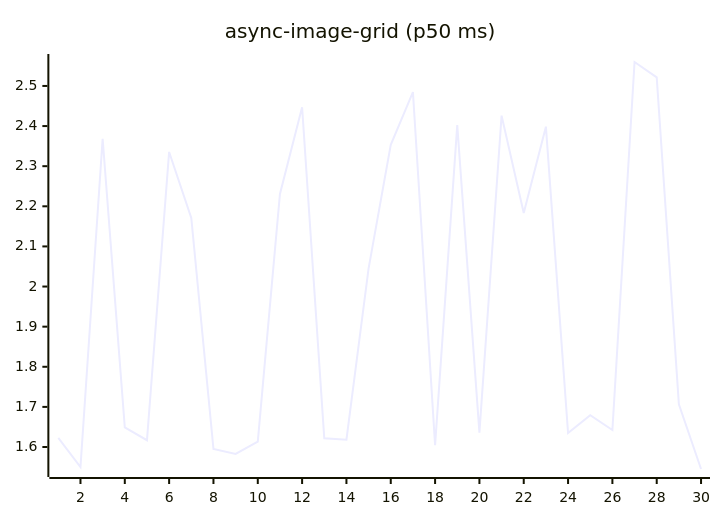
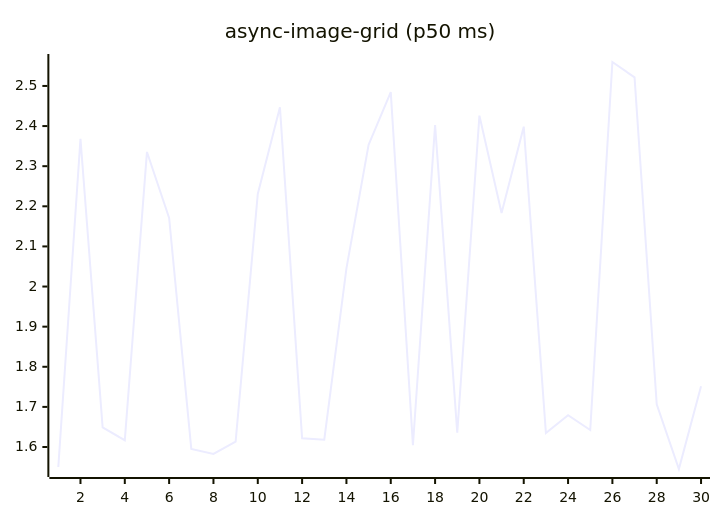
The fifth of 27 diagrams in README.md (josha/Facet), drawn with Mermaid before and after one commit. The commit also changed other lines of this file and 2 other files, not shown here.

````diff
--- a/README.md
+++ b/README.md
@@ -91,6 +91,6 @@
 ```mermaid
 xychart-beta
     title "async-image-grid (p50 ms)"
     x-axis 1 --> 30
-    line [1.6229, 1.5501, 2.3685, 1.6487, 1.6169, 2.3355, 2.1710, 1.5954, 1.5829, 1.6137, 2.2308, 2.4470, 1.6216, 1.6184, 2.0452, 2.3531, 2.4847, 1.6045, 2.4025, 1.6357, 2.4260, 2.1835, 2.3985, 1.6346, 1.6792, 1.6424, 2.5597, 2.5214, 1.7066, 1.5452]
+    line [1.5501, 2.3685, 1.6487, 1.6169, 2.3355, 2.1710, 1.5954, 1.5829, 1.6137, 2.2308, 2.4470, 1.6216, 1.6184, 2.0452, 2.3531, 2.4847, 1.6045, 2.4025, 1.6357, 2.4260, 2.1835, 2.3985, 1.6346, 1.6792, 1.6424, 2.5597, 2.5214, 1.7066, 1.5452, 1.7512]
 ```
````
